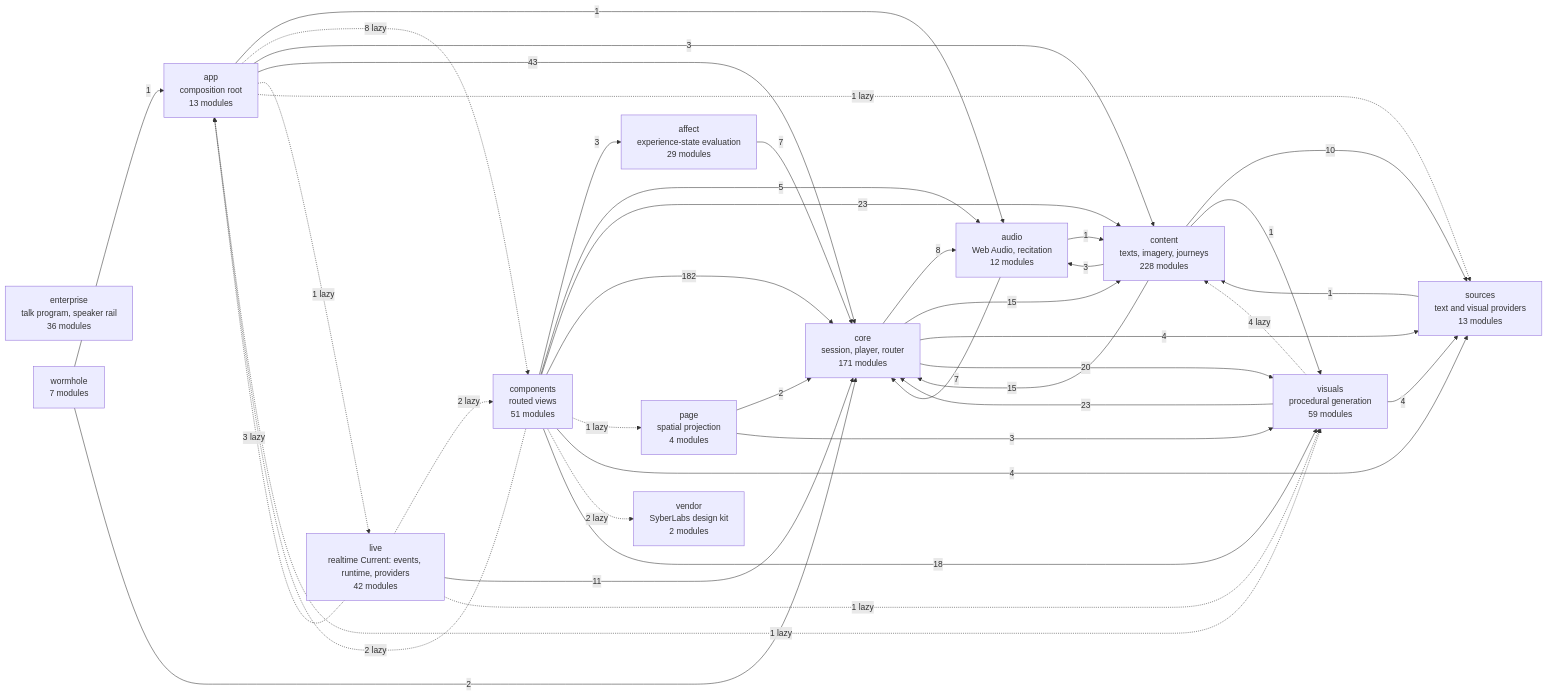
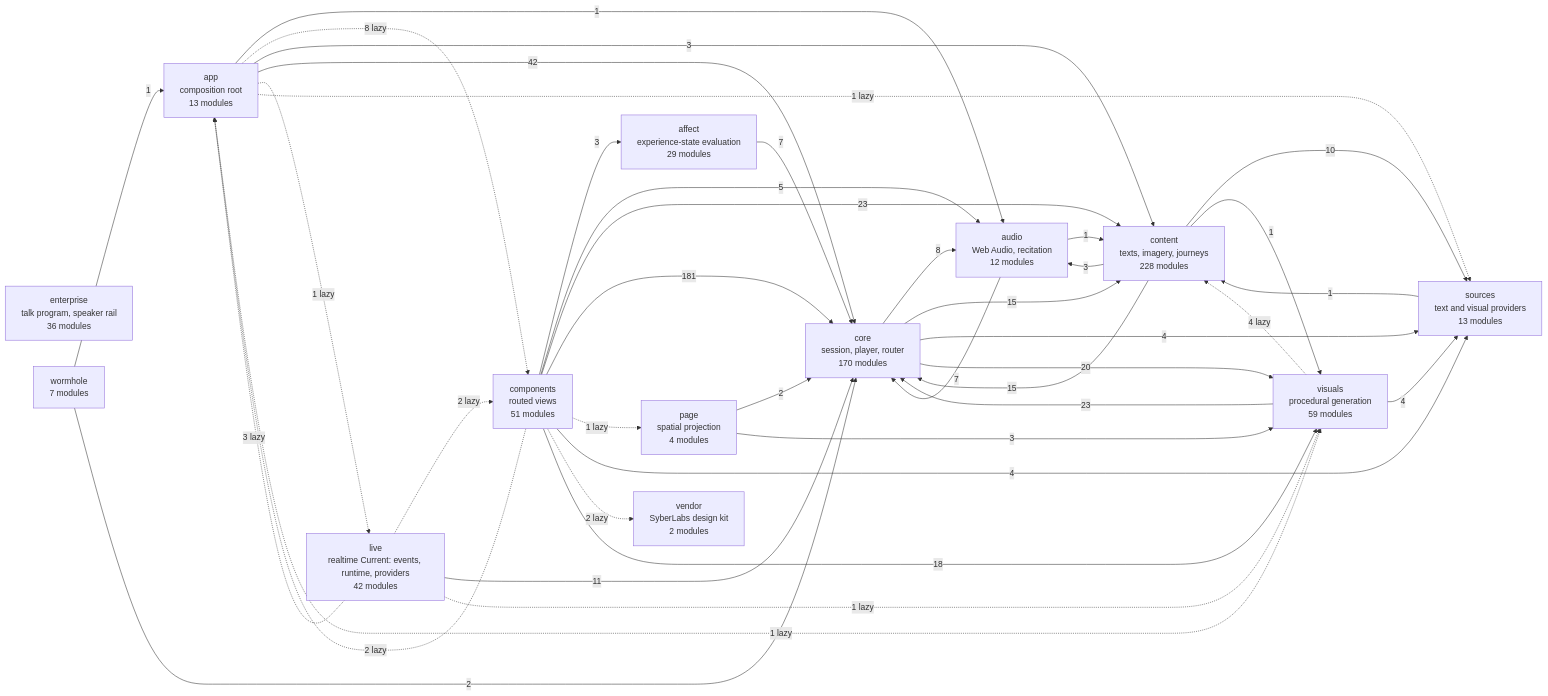
Before and after one commit to SyberLabs/RISE: the diagram in docs/specs/ARCHITECTURE.md, drawn with Mermaid. The commit also changed 22 other files, not shown here.

````diff
--- a/docs/specs/ARCHITECTURE.md
+++ b/docs/specs/ARCHITECTURE.md
@@ -154,56 +154,56 @@
 ```mermaid
 flowchart LR
     affect["affect<br/>experience-state evaluation<br/>29 modules"]
     app["app<br/>composition root<br/>13 modules"]
     audio["audio<br/>Web Audio, recitation<br/>12 modules"]
     components["components<br/>routed views<br/>51 modules"]
     content["content<br/>texts, imagery, journeys<br/>228 modules"]
-    core["core<br/>session, player, router<br/>171 modules"]
+    core["core<br/>session, player, router<br/>170 modules"]
     enterprise["enterprise<br/>talk program, speaker rail<br/>36 modules"]
     live["live<br/>realtime Current: events, runtime, providers<br/>42 modules"]
     page["page<br/>spatial projection<br/>4 modules"]
     sources["sources<br/>text and visual providers<br/>13 modules"]
     vendor["vendor<br/>SyberLabs design kit<br/>2 modules"]
     visuals["visuals<br/>procedural generation<br/>59 modules"]
     wormhole["wormhole<br/>7 modules"]
 
     affect --> |7| core
     app --> |1| audio
     app -.-> |8 lazy| components
     app --> |3| content
-    app --> |43| core
+    app --> |42| core
     app -.-> |1 lazy| live
     app -.-> |1 lazy| sources
     app -.-> |1 lazy| visuals
     audio --> |1| content
     audio --> |7| core
     components --> |3| affect
     components -.-> |2 lazy| app
     components --> |5| audio
     components --> |23| content
-    components --> |182| core
+    components --> |181| core
     components -.-> |1 lazy| page
     components --> |4| sources
     components -.-> |2 lazy| vendor
     components --> |18| visuals
     content --> |3| audio
     content --> |15| core
     content --> |10| sources
     content --> |1| visuals
     core --> |8| audio
     core --> |15| content
     core --> |4| sources
     core --> |20| visuals
     live -.-> |3 lazy| app
     live -.-> |2 lazy| components
     live --> |11| core
     live -.-> |1 lazy| visuals
     page --> |2| core
     page --> |3| visuals
     sources --> |1| content
     visuals -.-> |4 lazy| content
     visuals --> |23| core
     visuals --> |4| sources
     wormhole --> |1| app
     wormhole --> |2| core
 ```
````
